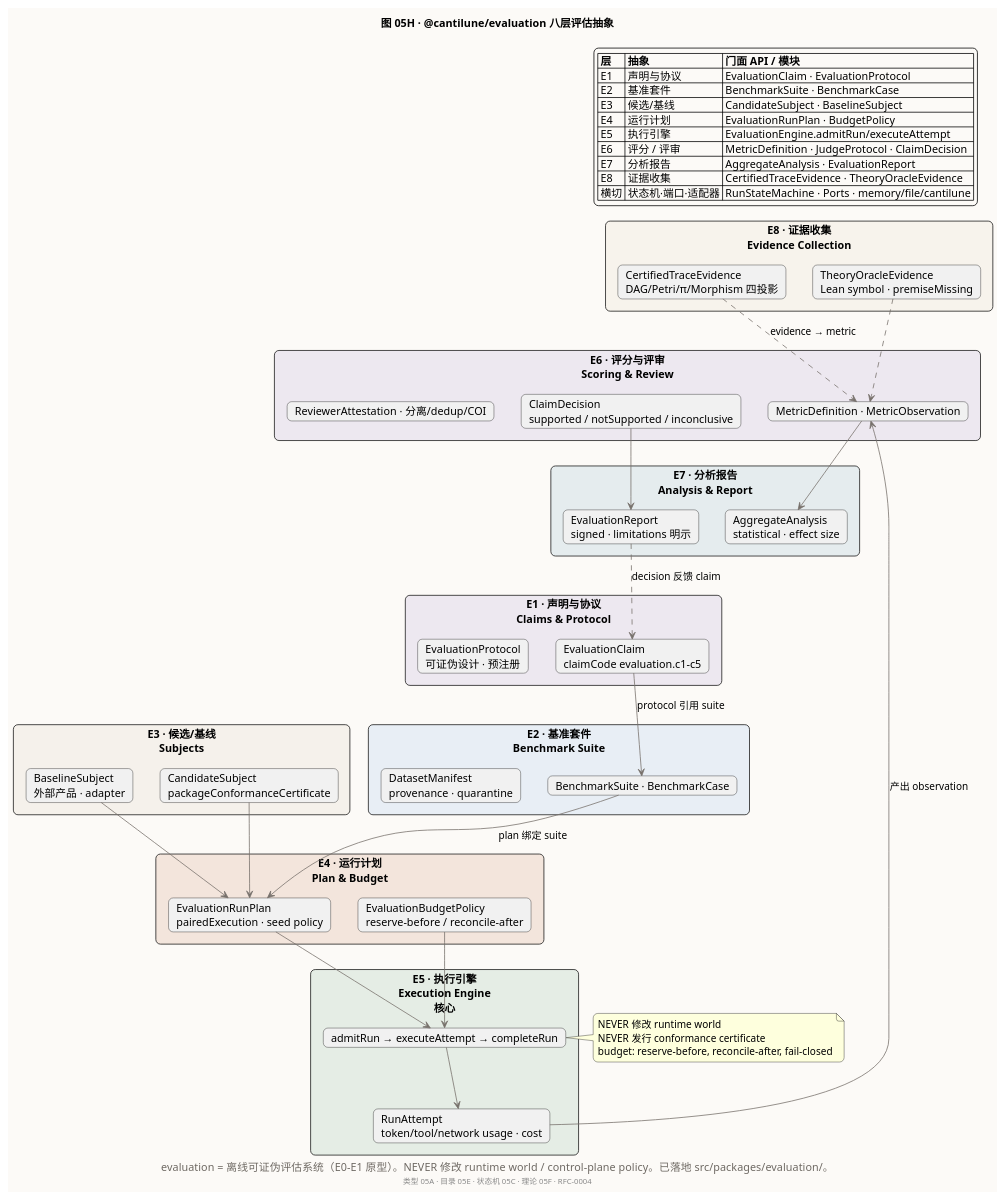
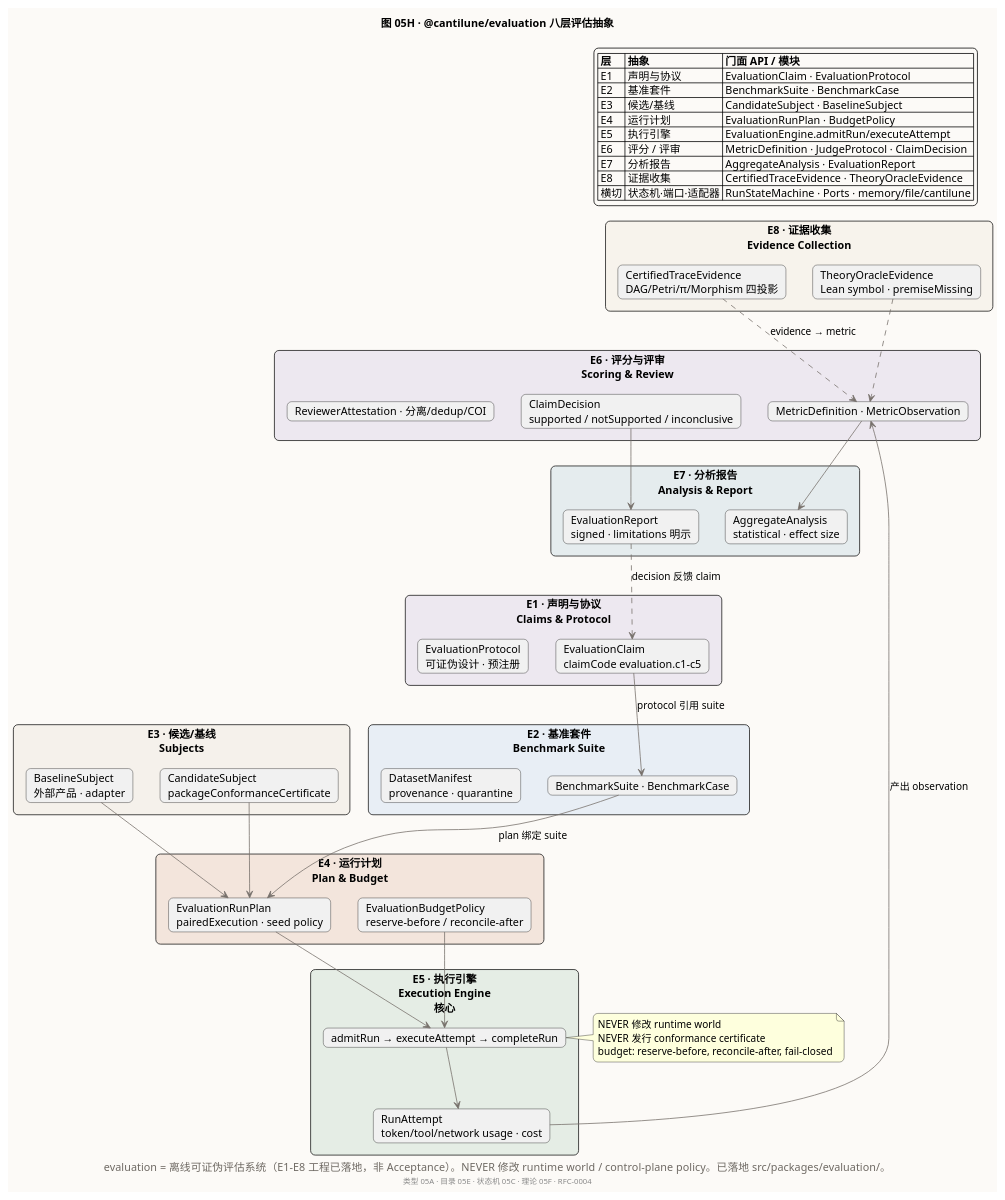
Before and after one commit to Moonweave-AI/cantilune: the diagram in diagrams/05-evaluation/05h-abstractions.puml, drawn with PlantUML. The commit also changed 777 other files, not shown here.

```diff
--- a/diagrams/05-evaluation/05h-abstractions.puml
+++ b/diagrams/05-evaluation/05h-abstractions.puml
@@ -1,92 +1,92 @@
 @startuml 05h-abstractions
 ' 图 05H：@cantilune/evaluation 八层评估抽象。
 
 skinparam backgroundColor #FCFAF7
 skinparam shadowing false
 skinparam defaultFontName "Microsoft YaHei"
 skinparam classAttributeIconSize 0
 skinparam roundcorner 12
 skinparam ArrowColor #77716B
 
 title 图 05H · @cantilune/evaluation 八层评估抽象
-caption <color:#6E6963>evaluation = 离线可证伪评估系统（E0–E1 原型）。NEVER 修改 runtime world / control-plane policy。已落地 src/packages/evaluation/。</color>
+caption <color:#6E6963>evaluation = 离线可证伪评估系统（E1–E8 工程已落地，非 Acceptance）。NEVER 修改 runtime world / control-plane policy。已落地 src/packages/evaluation/。</color>
 
 top to bottom direction
 
 legend top right
   |= 层 |= 抽象 |= 门面 API / 模块 |
   | E1 | 声明与协议 | EvaluationClaim · EvaluationProtocol | claims/ |
   | E2 | 基准套件 | BenchmarkSuite · BenchmarkCase | benchmarks/ datasets/ |
   | E3 | 候选/基线 | CandidateSubject · BaselineSubject | subjects/ |
   | E4 | 运行计划 | EvaluationRunPlan · BudgetPolicy | plans/ budget/ |
   | E5 | 执行引擎 | EvaluationEngine.admitRun/executeAttempt | execution/ |
   | E6 | 评分 / 评审 | MetricDefinition · JudgeProtocol · ClaimDecision | scoring/ oracles/ review/ |
   | E7 | 分析报告 | AggregateAnalysis · EvaluationReport | analysis/ reports/ |
   | E8 | 证据收集 | CertifiedTraceEvidence · TheoryOracleEvidence | collection/ oracles/ |
   | 横切 | 状态机·端口·适配器 | RunStateMachine · Ports · memory/file/cantilune | foundation/ ports/ adapters/ |
 endlegend
 
 rectangle "E1 · 声明与协议\nClaims & Protocol" #EDE8F0 {
   card "EvaluationClaim\nclaimCode evaluation.c1–c5" as E1a
   card "EvaluationProtocol\n可证伪设计 · 预注册" as E1b
 }
 
 rectangle "E2 · 基准套件\nBenchmark Suite" #E8EEF5 {
   card "BenchmarkSuite · BenchmarkCase" as E2a
   card "DatasetManifest\nprovenance · quarantine" as E2b
 }
 
 rectangle "E3 · 候选/基线\nSubjects" #F5F1EB {
   card "CandidateSubject\npackageConformanceCertificate" as E3a
   card "BaselineSubject\n外部产品 · adapter" as E3b
 }
 
 rectangle "E4 · 运行计划\nPlan & Budget" #F3E5DC {
   card "EvaluationRunPlan\npairedExecution · seed policy" as E4a
   card "EvaluationBudgetPolicy\nreserve-before / reconcile-after" as E4b
 }
 
 rectangle "E5 · 执行引擎\nExecution Engine\n<b>核心</b>" #E5EDE5 {
   card "admitRun → executeAttempt → completeRun" as E5a
   card "RunAttempt\ntoken/tool/network usage · cost" as E5b
 }
 
 rectangle "E6 · 评分与评审\nScoring & Review" #EDE8F0 {
   card "MetricDefinition · MetricObservation" as E6a
   card "ClaimDecision\nsupported / notSupported / inconclusive" as E6b
   card "ReviewerAttestation · 分离/dedup/COI" as E6c
 }
 
 rectangle "E7 · 分析报告\nAnalysis & Report" #E5ECEE {
   card "AggregateAnalysis\nstatistical · effect size" as E7a
   card "EvaluationReport\nsigned · limitations 明示" as E7b
 }
 
 rectangle "E8 · 证据收集\nEvidence Collection" #F7F3EC {
   card "CertifiedTraceEvidence\nDAG/Petri/π/Morphism 四投影" as E8a
   card "TheoryOracleEvidence\nLean symbol · premiseMissing" as E8b
 }
 
 E1a --> E2a : protocol 引用 suite
 E2a --> E4a : plan 绑定 suite
 E3a --> E4a
 E3b --> E4a
 E4a --> E5a
 E4b --> E5a
 E5a --> E5b
 E5b --> E6a : 产出 observation
 E6a --> E7a
 E6b --> E7b
 E7b ..> E1a : decision 反馈 claim
 E8a ..> E6a : evidence → metric
 E8b ..> E6a
 
 note right of E5a
   NEVER 修改 runtime world
   NEVER 发行 conformance certificate
   budget: reserve-before, reconcile-after, fail-closed
 end note
 
 footer 类型 05A · 目录 05E · 状态机 05C · 理论 05F · RFC-0004
 
 @enduml
```
